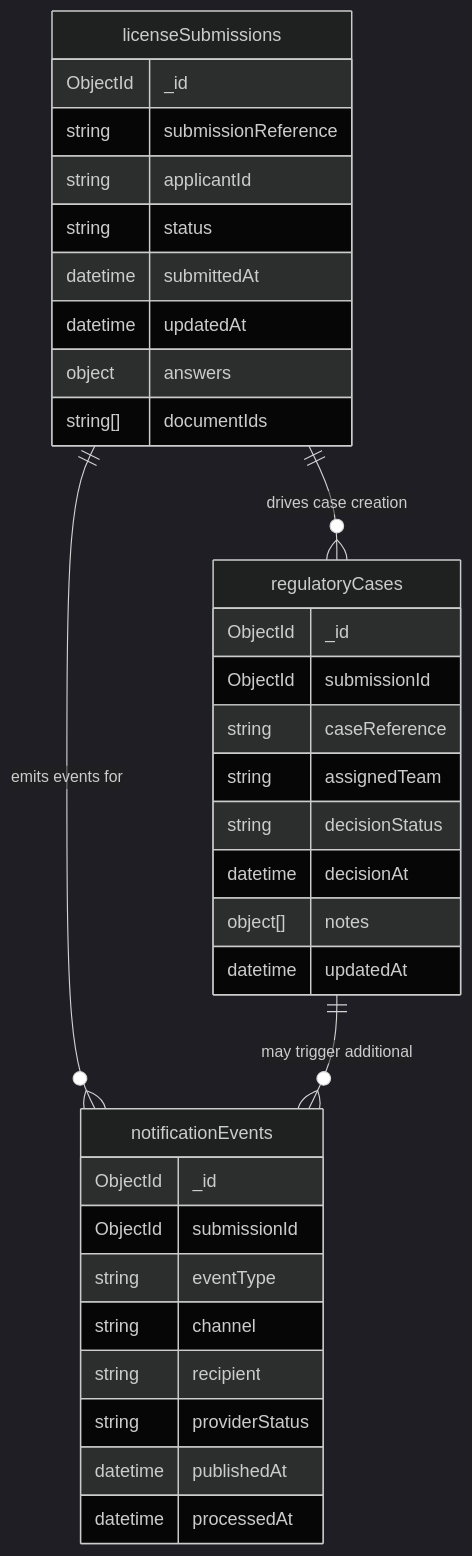
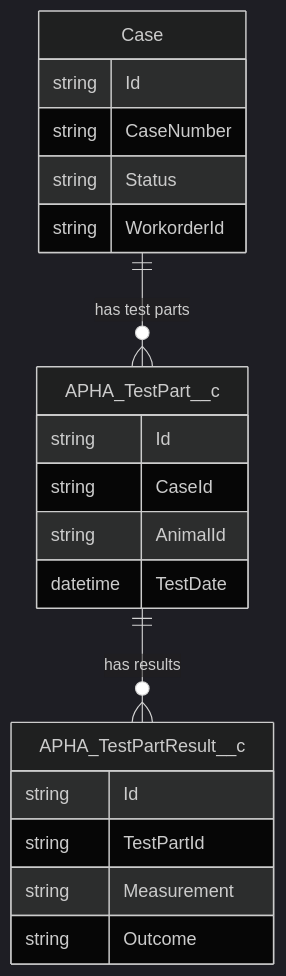
One commit to DEFRA/cattle-vaccination-documentation changed the third of 4 diagrams in technology/data-architecture/structure-view/README.md. Above: the diagram before and after it, drawn with Mermaid (dark theme). The commit also changed other lines of this file and 3 other files, not shown here.

````diff
--- a/technology/data-architecture/structure-view/README.md
+++ b/technology/data-architecture/structure-view/README.md
@@ -55,39 +60,26 @@
 ```mermaid
 erDiagram
-  licenseSubmissions {
-    ObjectId _id
-    string submissionReference
-    string applicantId
-    string status
-    datetime submittedAt
-    datetime updatedAt
-    object answers
-    string[] documentIds
+  Case {
+    string Id
+    string CaseNumber
+    string Status
+    string WorkorderId
   }
 
-  regulatoryCases {
-    ObjectId _id
-    ObjectId submissionId
-    string caseReference
-    string assignedTeam
-    string decisionStatus
-    datetime decisionAt
-    object[] notes
-    datetime updatedAt
+  APHA_TestPart__c {
+    string Id
+    string CaseId
+    string AnimalId
+    datetime TestDate
   }
 
-  notificationEvents {
-    ObjectId _id
-    ObjectId submissionId
-    string eventType
-    string channel
-    string recipient
-    string providerStatus
-    datetime publishedAt
-    datetime processedAt
+  APHA_TestPartResult__c {
+    string Id
+    string TestPartId
+    string Measurement
+    string Outcome
   }
 
-  licenseSubmissions ||--o{ regulatoryCases : "drives case creation"
-  licenseSubmissions ||--o{ notificationEvents : "emits events for"
-  regulatoryCases ||--o{ notificationEvents : "may trigger additional"
+  Case ||--o{ APHA_TestPart__c : "has test parts"
+  APHA_TestPart__c ||--o{ APHA_TestPartResult__c : "has results"
 ```
````
